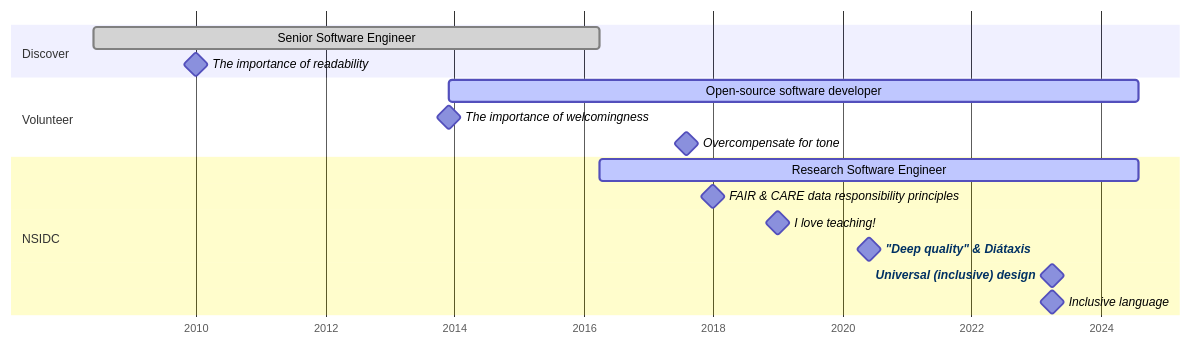
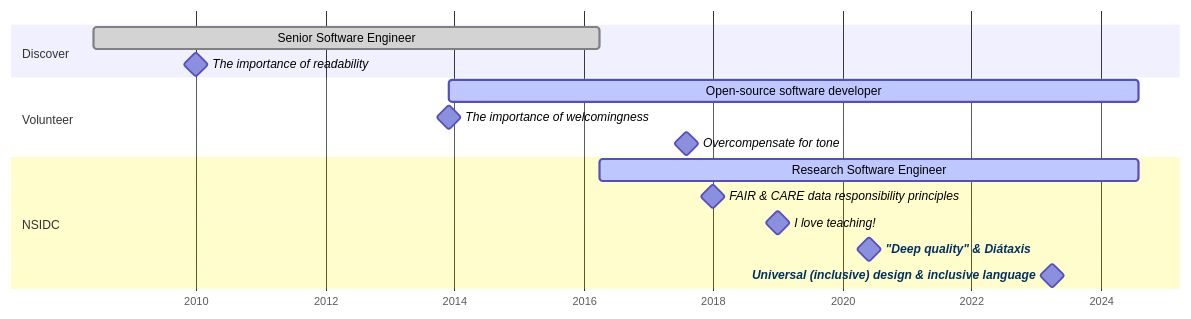
The second of 2 diagrams in index.qmd (mfisher87/presentation-self), drawn with Mermaid before and after one commit.

Commit message:
Combine inclusive design & inclusive language on gantt chart

````diff
--- a/index.qmd
+++ b/index.qmd
@@ -161,29 +161,28 @@
 ```{mermaid}
 %% NOTE: Prefix `pfx-` is used to workaround a bug:
 %%       https://github.com/quarto-dev/quarto-cli/issues/10455
 gantt
   dateFormat YYYY-MM
   axisFormat %Y
 
   Section Discover
-    Senior Software Engineer                     :done, pfx-dfs, 2008-06, 2016-04
-    The importance of readability                :milestone, pfx-readability, 2010-01, 1d
+    Senior Software Engineer                          :done, pfx-dfs, 2008-06, 2016-04
+    The importance of readability                     :milestone, pfx-readability, 2010-01, 1d
 
   Section Volunteer
-    Open-source software developer               :active, pfx-oss, 2013-12, 2024-08
-    The importance of welcomingness              :milestone, pfx-welcoming, 2013-12, 1d
-    Overcompensate for tone                      :milestone, pfx-tone, 2017-08, 1d
+    Open-source software developer                    :active, pfx-oss, 2013-12, 2024-08
+    The importance of welcomingness                   :milestone, pfx-welcoming, 2013-12, 1d
+    Overcompensate for tone                           :milestone, pfx-tone, 2017-08, 1d
 
 
   Section NSIDC
-    Research Software Engineer                   :active, pfx-nsidc, after pfx-dfs, 2024-08
-    FAIR & CARE data responsibility principles   :milestone, pfx-faircare, 2018-01, 1d
-    I love teaching!                             :milestone, pfx-teaching, 2019-01, 1d
-    "Deep quality" & Diátaxis                    :milestone, pfx-diataxis, 2020-06, 1d
-    Universal (inclusive) design                 :milestone, pfx-inclusive-design, 2023-04, 1d
-    Inclusive language                           :milestone, pfx-inclusive-lang, 2023-04, 1d
+    Research Software Engineer                        :active, pfx-nsidc, after pfx-dfs, 2024-08
+    FAIR & CARE data responsibility principles        :milestone, pfx-faircare, 2018-01, 1d
+    I love teaching!                                  :milestone, pfx-teaching, 2019-01, 1d
+    "Deep quality" & Diátaxis                         :milestone, pfx-diataxis, 2020-06, 1d
+    Universal (inclusive) design & inclusive language :milestone, pfx-inclusive-design, 2023-04, 1d
 
 
   click pfx-diataxis href "https://www.diataxis.fr/"
   click pfx-inclusive-design href "https://alexjs.com/"
 ```
````
